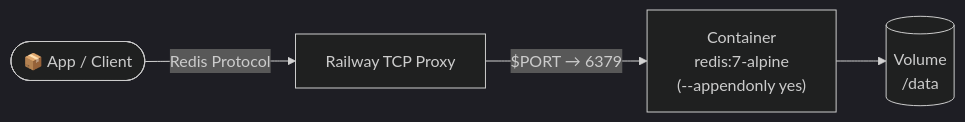
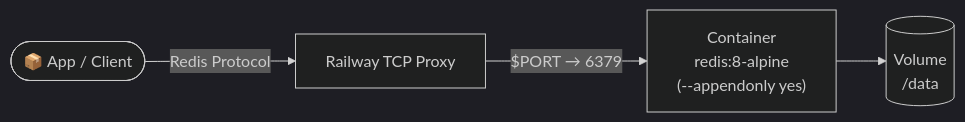
One commit to vergissberlin/railwayapp-redis changed the diagram in README.md. Above: the diagram before and after it, drawn with Mermaid (dark theme). The commit also changed other lines of this file and 2 other files, not shown here.

````diff
--- a/README.md
+++ b/README.md
@@ -11,6 +11,6 @@
 ```mermaid
 flowchart LR
     Client(["📦 App / Client"]) -->|"Redis Protocol"| Proxy["Railway TCP Proxy"]
-    Proxy -->|"$PORT → 6379"| App["Container\nredis:7-alpine\n(--appendonly yes)"]
+    Proxy -->|"$PORT → 6379"| App["Container\nredis:8-alpine\n(--appendonly yes)"]
     App --> Volume[("Volume\n/data")]
 ```
````
